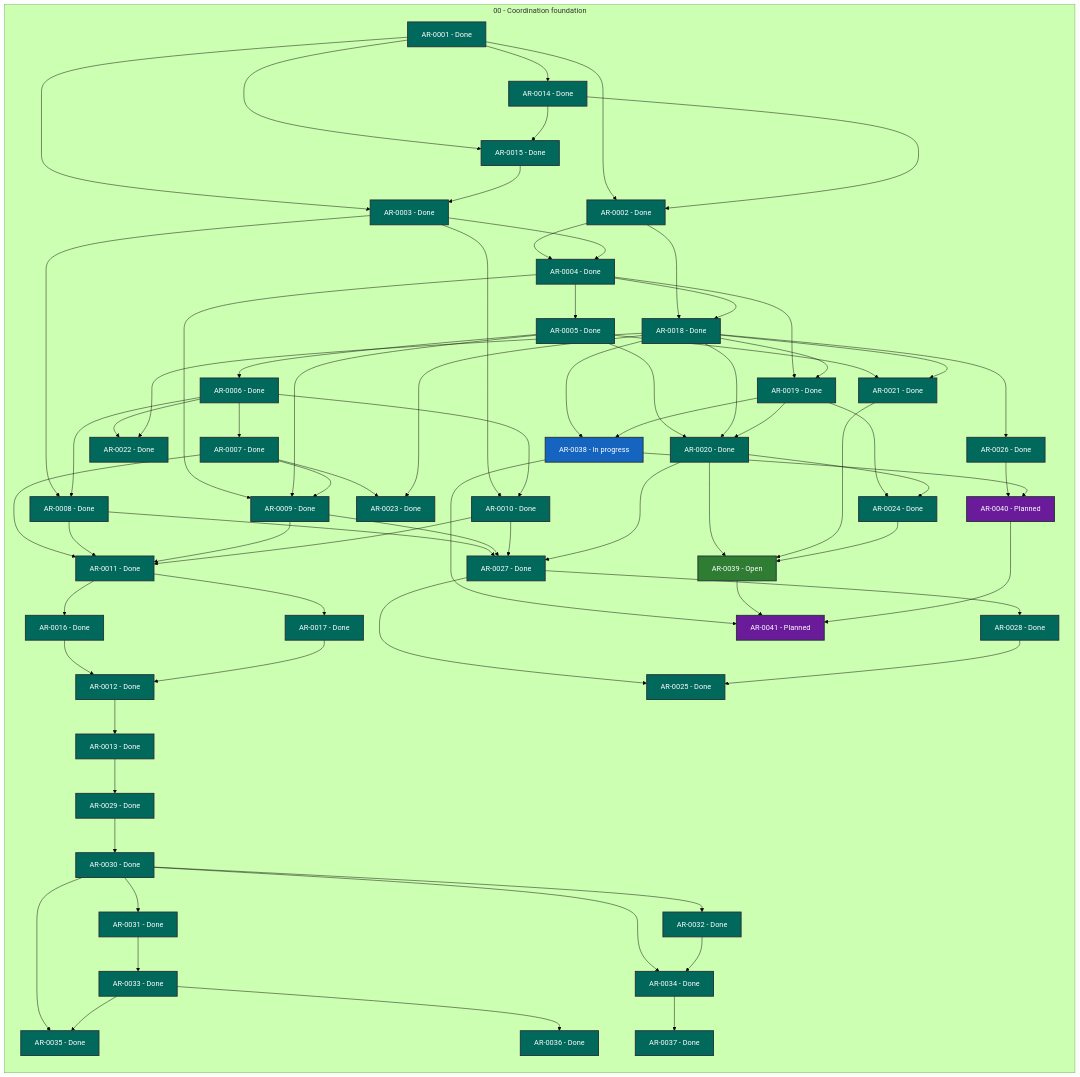
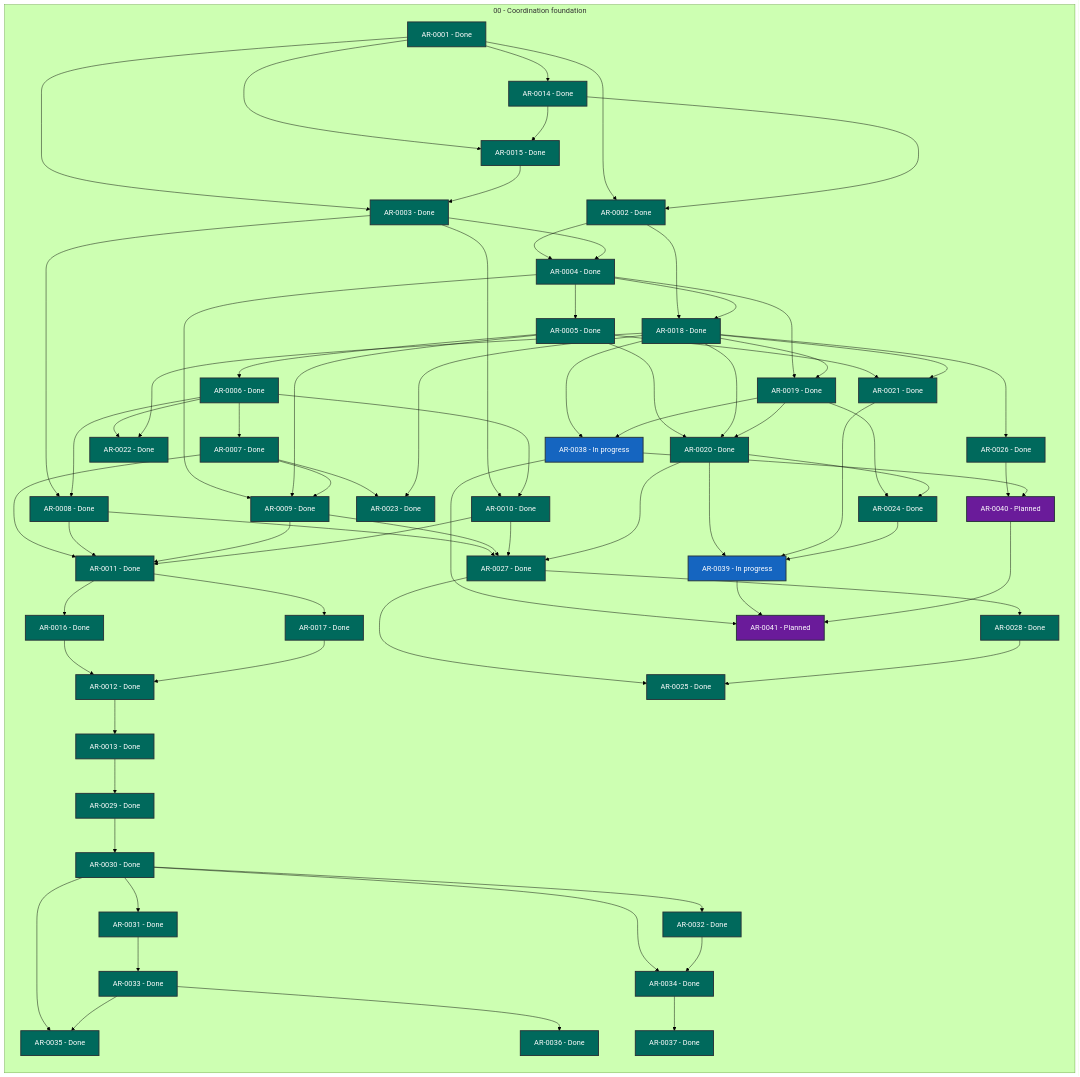
Before and after one commit to martin-beck/agent-workflow-tui-state: the diagram in STATUS.md, drawn with Mermaid (forest theme). The commit also changed other lines of this file and 2 other files, not shown here.

```diff
--- a/STATUS.md
+++ b/STATUS.md
@@ -66,7 +66,7 @@
         AR_0036["AR-0036 - Done"]:::status_done
         AR_0037["AR-0037 - Done"]:::status_done
         AR_0038["AR-0038 - In progress"]:::status_in_progress
-        AR_0039["AR-0039 - Open"]:::status_open
+        AR_0039["AR-0039 - In progress"]:::status_in_progress
         AR_0040["AR-0040 - Planned"]:::status_planned
         AR_0041["AR-0041 - Planned"]:::status_planned
     end
```
